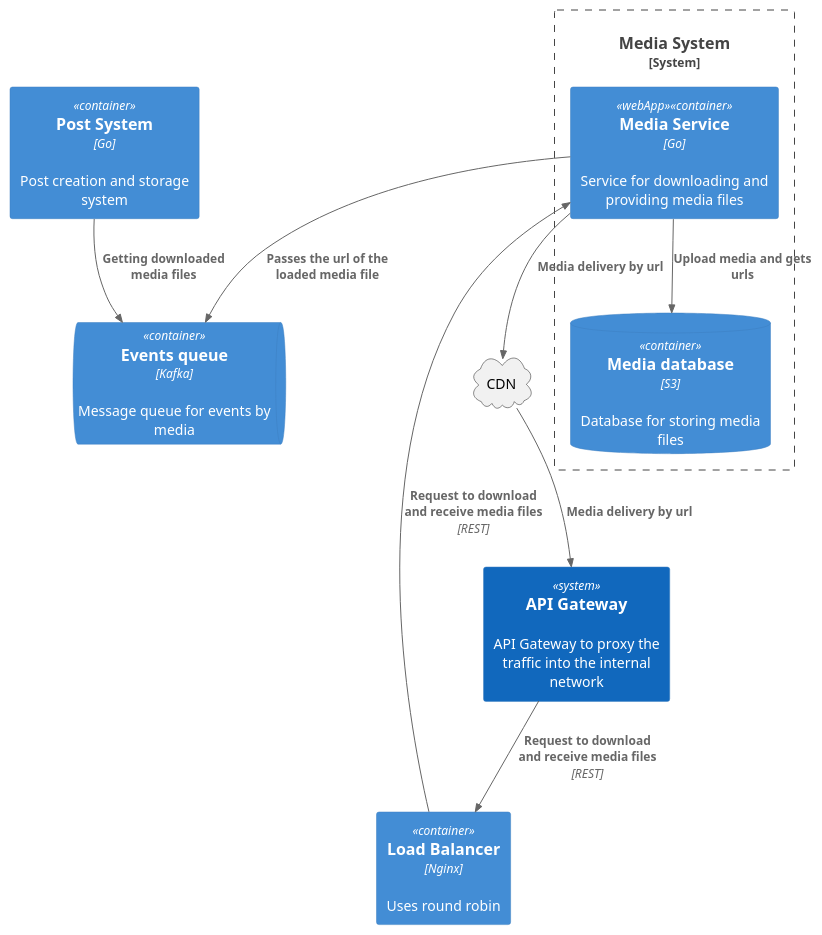
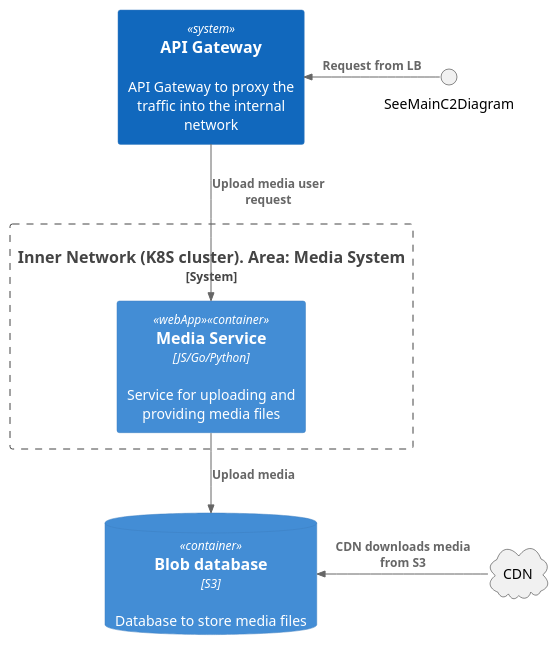
Before and after one commit to Slava-Nik/system-design-social-network: the diagram in architectureAsCode/c2_detailed/levelTwoMedia.puml, drawn with PlantUML. The commit also changed 5 other files, not shown here.

```diff
--- a/architectureAsCode/c2_detailed/levelTwoMedia.puml
+++ b/architectureAsCode/c2_detailed/levelTwoMedia.puml
@@ -1,24 +1,19 @@
 @startuml
 !include https://raw.githubusercontent.com/plantuml-stdlib/C4-PlantUML/master/C4_Container.puml
 
 System(apiGateway, "API Gateway", "API Gateway to proxy the traffic into the internal network")
-Container(loadBalancer, "Load Balancer", "Nginx", "Uses round robin")
-ContainerQueue(messageQueue, "Events queue", "Kafka", "Message queue for events by media")
-Container(postSystem, "Post System", "Go", "Post creation and storage system")
 
-System_Boundary(mediaSystem, "Media System") {
-    Container(mediaService, "Media Service", "Go", "Service for downloading and providing media files", $tags="webApp")
-    ContainerDb(mediaDatabase, "Media database", "S3", "Database for storing media files")
+System_Boundary(mediaSystem, "Inner Network (K8S cluster). Area: Media System") {
+    Container(mediaService, "Media Service", "JS/Go/Python", "Service for uploading and providing media files", $tags="webApp")
 }
+
+ContainerDb(mediaDatabase, "Blob database", "S3", "Database to store media files")
 
 cloud CDN
 
-Rel(apiGateway, loadBalancer, "Request to download and receive media files", "REST")
-Rel(loadBalancer, mediaService, "Request to download and receive media files", "REST")
+Rel(apiGateway, mediaService, "Upload media user request")
+Rel(mediaService, mediaDatabase, "Upload media")
+Rel_L(CDN, mediaDatabase, "CDN downloads media from S3")
+Rel_L(SeeMainC2Diagram, apiGateway, "Request from LB")
 
-Rel(mediaService, mediaDatabase, "Upload media and gets urls")
-Rel(postSystem, messageQueue, "Getting downloaded media files")
-Rel(mediaService, messageQueue, "Passes the url of the loaded media file")
-Rel(mediaService, CDN, "Media delivery by url")
-Rel(CDN, apiGateway, "Media delivery by url")
 @enduml
```
